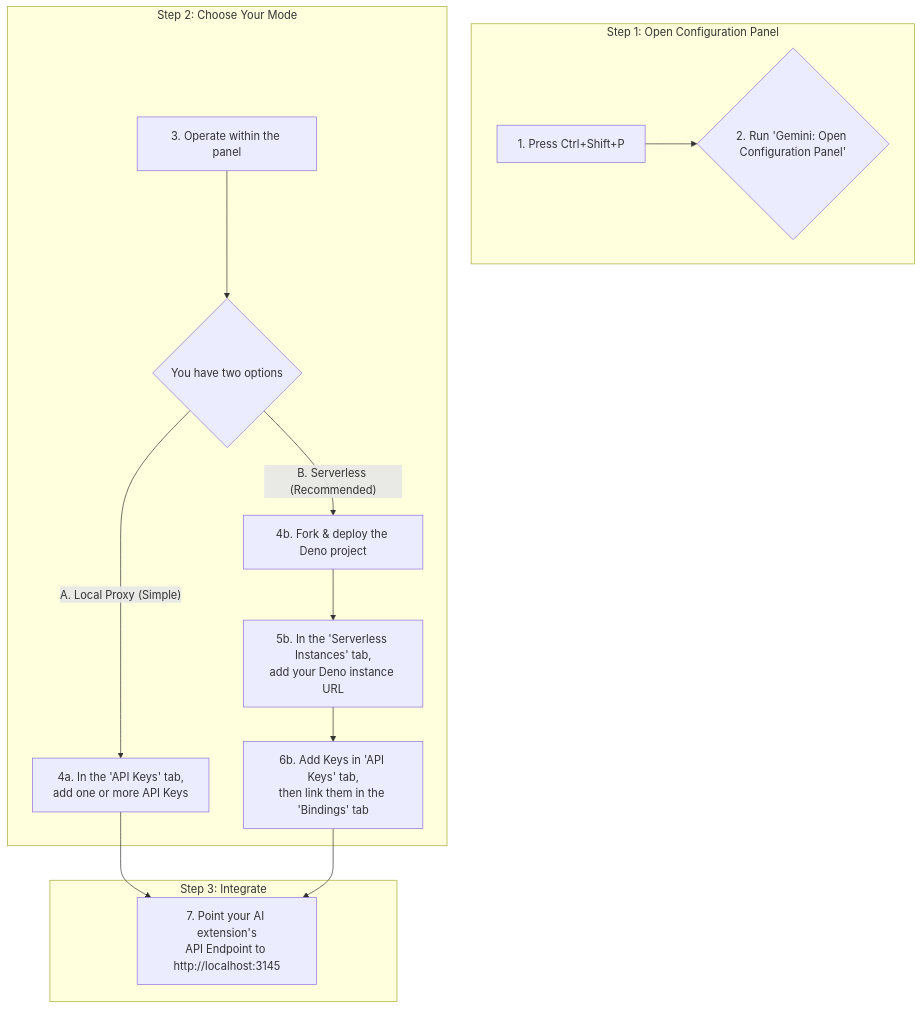
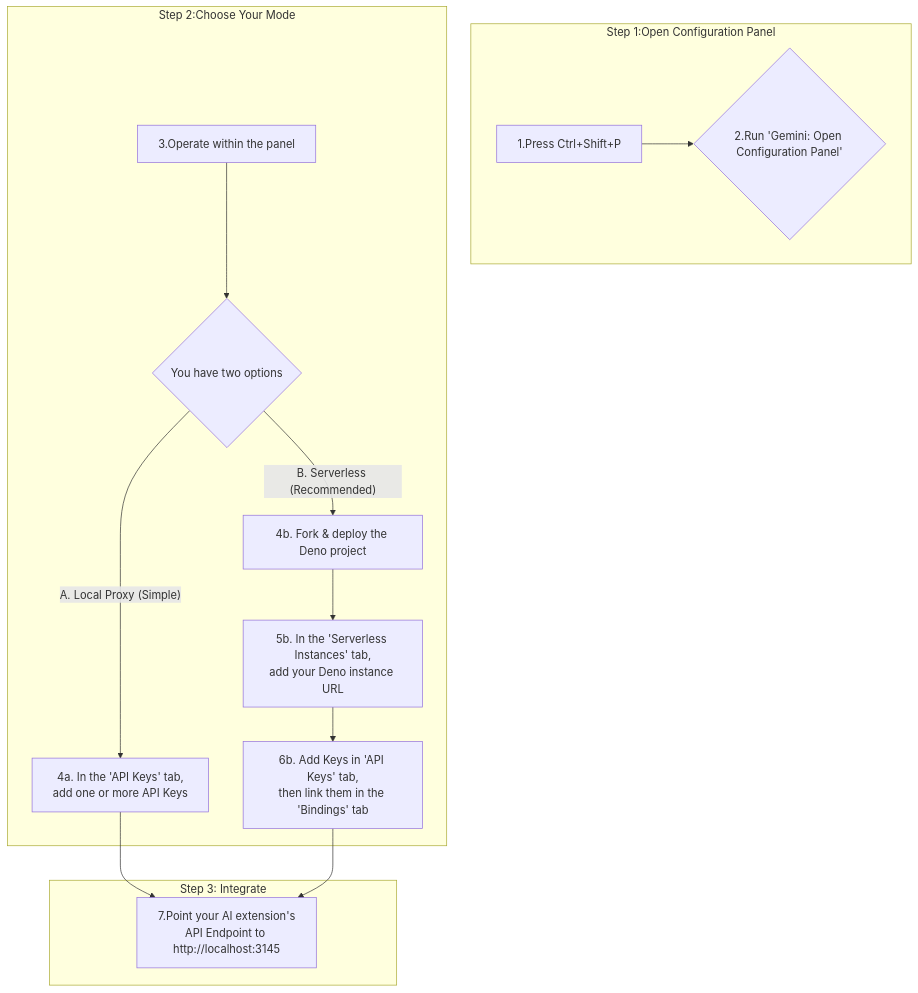
One commit to JamzYang/api-key-aggregetor changed the diagram in README.md. Above: the diagram before and after it, drawn with Mermaid. The commit also changed 10 other files, not shown here.

````diff
--- a/README.md
+++ b/README.md
@@ -21,22 +21,22 @@
 ```mermaid
 graph TD
-    subgraph "Step 1: Open Configuration Panel"
-        A[1. Press Ctrl+Shift+P] --> B{2. Run 'Gemini: Open Configuration Panel'};
+    subgraph "Step 1:Open Configuration Panel"
+        A[1.Press Ctrl+Shift+P] --> B{2.Run 'Gemini: Open Configuration Panel'};
     end
 
-    subgraph "Step 2: Choose Your Mode"
-        C[3. Operate within the panel]
+    subgraph "Step 2:Choose Your Mode"
+        C[3.Operate within the panel]
         C --> D{You have two options};
         D -- "A. Local Proxy (Simple)" --> E[4a. In the 'API Keys' tab,<br>add one or more API Keys];
         D -- "B. Serverless (Recommended)" --> F[4b. Fork & deploy the Deno project];
         F --> G[5b. In the 'Serverless Instances' tab,<br>add your Deno instance URL];
         G --> H[6b. Add Keys in 'API Keys' tab,<br>then link them in the 'Bindings' tab];
     end
 
     subgraph "Step 3: Integrate"
-        I[7. Point your AI extension's<br>API Endpoint to http://localhost:3145];
+        I[7.Point your AI extension's<br>API Endpoint to http://localhost:3145];
     end
 
     E --> I;
     H --> I;
 ```
````
